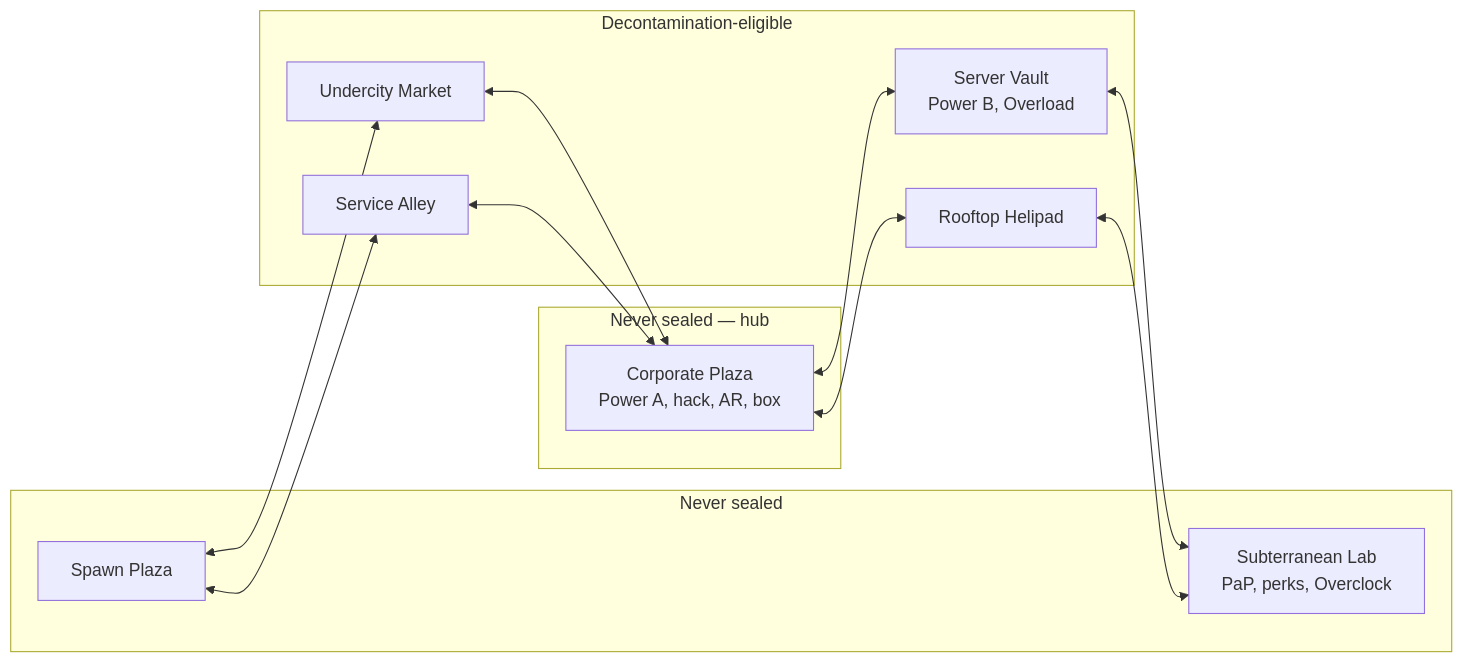
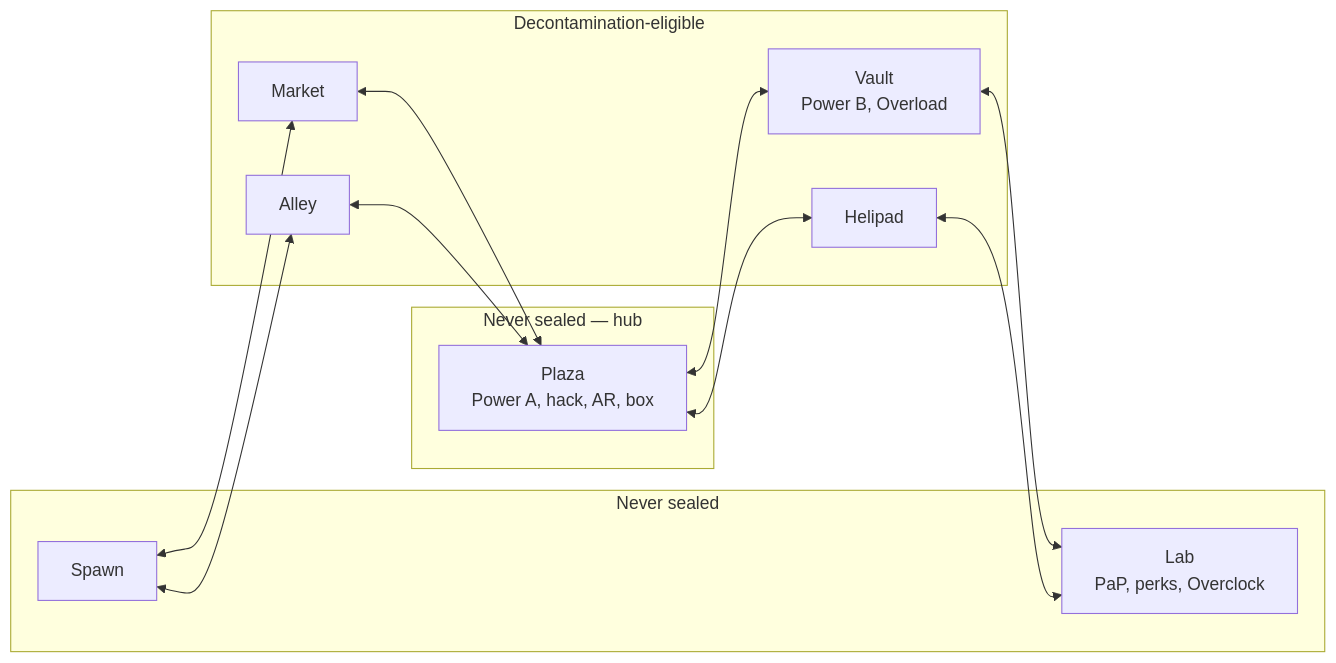
The first of 2 diagrams in docs/03_layout.md (JordanUrbaezLu/abandoned_cyber_city_zombies), drawn with Mermaid before and after one commit. The commit also changed other lines of this file and 58 other files, not shown here.

````diff
--- a/docs/03_layout.md
+++ b/docs/03_layout.md
@@ -60,27 +60,27 @@
 ```mermaid
 flowchart LR
     subgraph safe["Never sealed"]
-        SP[Spawn Plaza]
-        LAB[Subterranean Lab<br/>PaP, perks, Overclock]
+        SP[Spawn]
+        LAB[Lab<br/>PaP, perks, Overclock]
     end
 
     subgraph hub["Never sealed — hub"]
-        CORP[Corporate Plaza<br/>Power A, hack, AR, box]
+        CORP[Plaza<br/>Power A, hack, AR, box]
     end
 
     subgraph sealable["Decontamination-eligible"]
-        MKT[Undercity Market]
-        AL[Service Alley]
-        VLT[Server Vault<br/>Power B, Overload]
-        ROOF[Rooftop Helipad]
+        MKT[Market]
+        AL[Alley]
+        VLT[Vault<br/>Power B, Overload]
+        ROOF[Helipad]
     end
 
     SP <--> MKT
     SP <--> AL
     MKT <--> CORP
     AL <--> CORP
     CORP <--> VLT
     CORP <--> ROOF
     VLT <--> LAB
     ROOF <--> LAB
 ```
````
